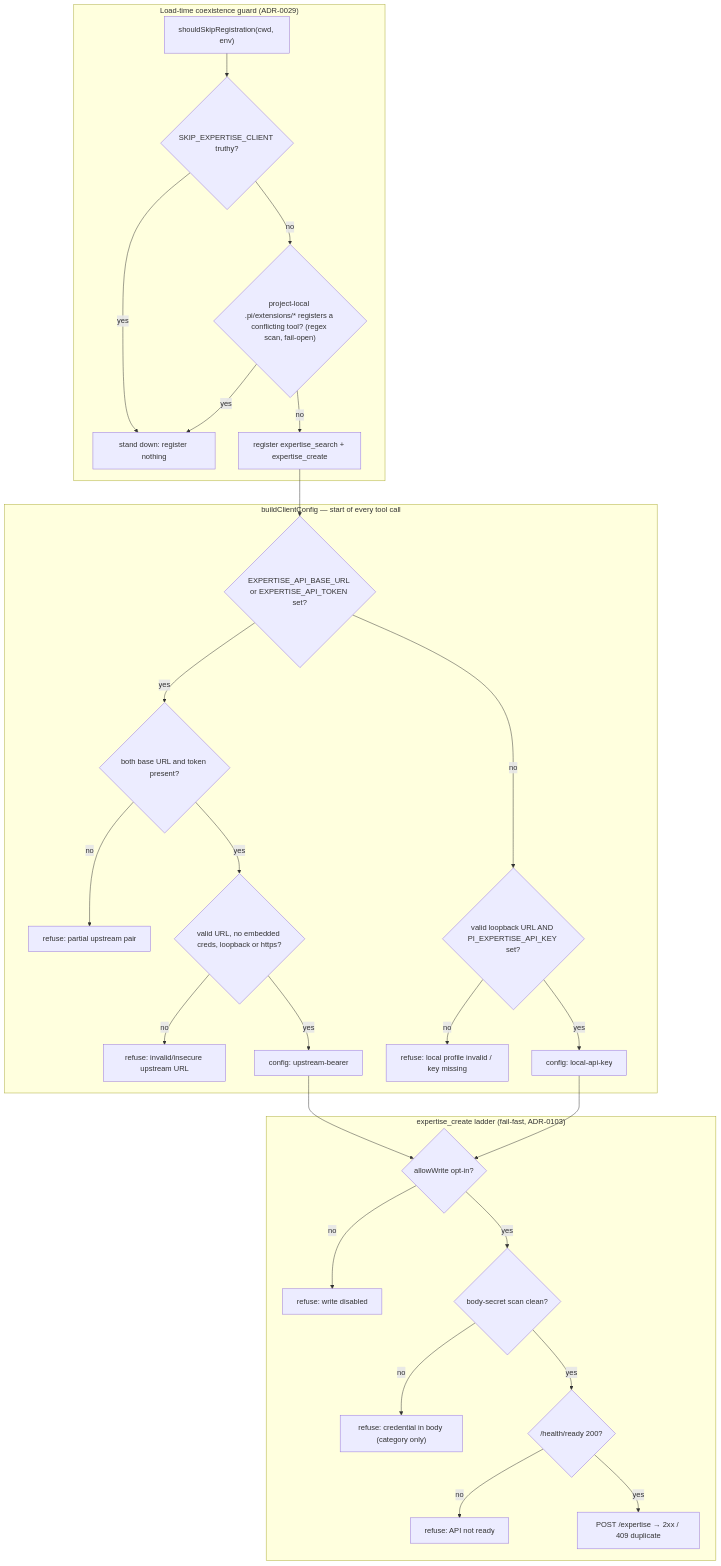
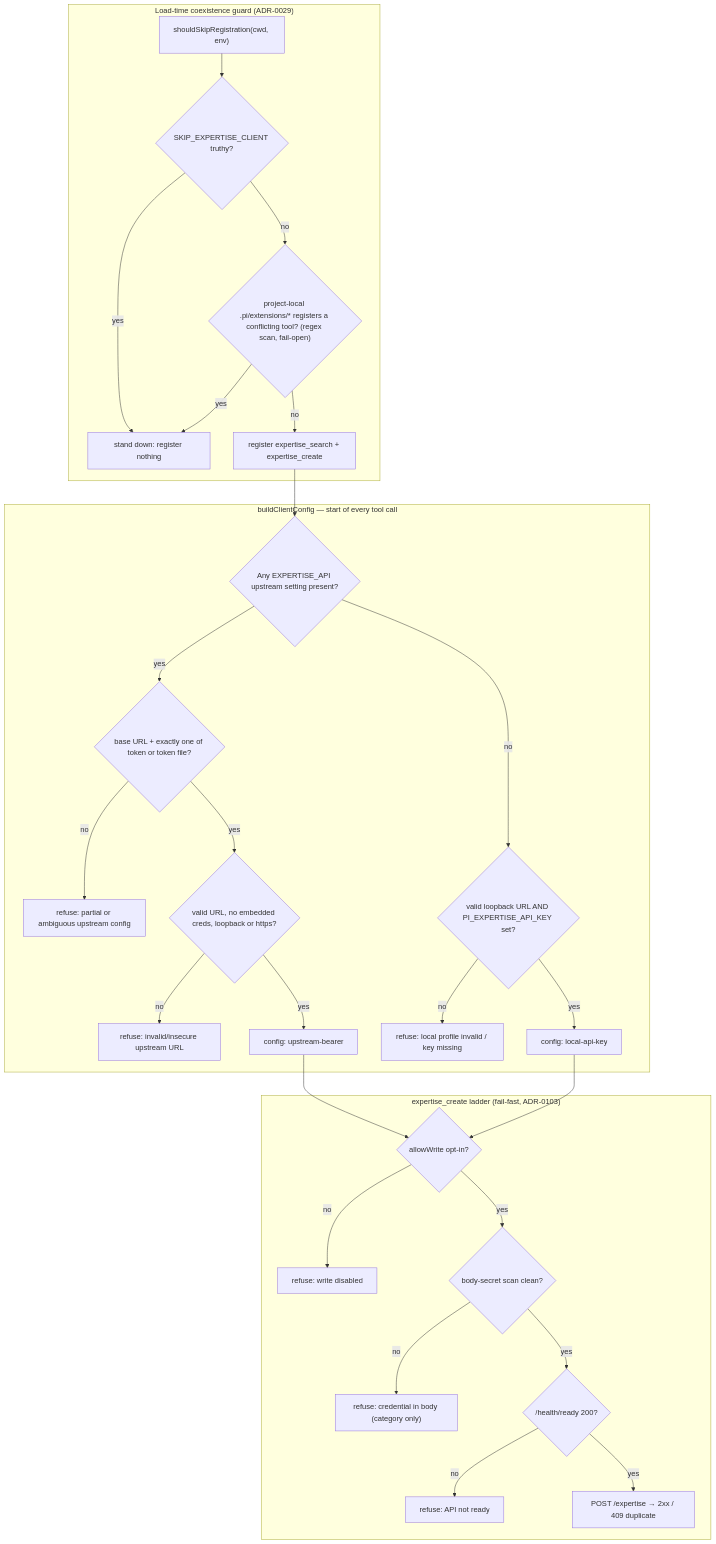
The second of 3 diagrams in README.md (psmfd/pi-expertise-client), drawn with Mermaid before and after one commit. The commit also changed other lines of this file and 4 other files, not shown here.

````diff
--- a/README.md
+++ b/README.md
@@ -122,34 +124,34 @@
 ```mermaid
 flowchart TD
     subgraph LOAD["Load-time coexistence guard (ADR-0029)"]
         A["shouldSkipRegistration(cwd, env)"] --> B{"SKIP_EXPERTISE_CLIENT truthy?"}
         B -- yes --> C["stand down: register nothing"]
         B -- no --> D{"project-local .pi/extensions/* registers a conflicting tool? (regex scan, fail-open)"}
         D -- yes --> C
         D -- no --> E["register expertise_search + expertise_create"]
     end
 
     subgraph CONFIG["buildClientConfig — start of every tool call"]
-        F{"EXPERTISE_API_BASE_URL or EXPERTISE_API_TOKEN set?"}
-        F -- yes --> G{"both base URL and token present?"}
-        G -- no --> R1["refuse: partial upstream pair"]
+        F{"Any EXPERTISE_API upstream setting present?"}
+        F -- yes --> G{"base URL + exactly one of token or token file?"}
+        G -- no --> R1["refuse: partial or ambiguous upstream config"]
         G -- yes --> H{"valid URL, no embedded creds, loopback or https?"}
         H -- no --> R2["refuse: invalid/insecure upstream URL"]
         H -- yes --> UPSTREAM["config: upstream-bearer"]
         F -- no --> K{"valid loopback URL AND PI_EXPERTISE_API_KEY set?"}
         K -- no --> R3["refuse: local profile invalid / key missing"]
         K -- yes --> LOCAL["config: local-api-key"]
     end
     E --> F
 
     subgraph CREATELADDER["expertise_create ladder (fail-fast, ADR-0103)"]
         UPSTREAM --> W1{"allowWrite opt-in?"}
         LOCAL --> W1
         W1 -- no --> R6["refuse: write disabled"]
         W1 -- yes --> W2{"body-secret scan clean?"}
         W2 -- no --> R7["refuse: credential in body (category only)"]
         W2 -- yes --> W3{"/health/ready 200?"}
         W3 -- no --> R8["refuse: API not ready"]
         W3 -- yes --> W4["POST /expertise → 2xx / 409 duplicate"]
     end
 ```
````
